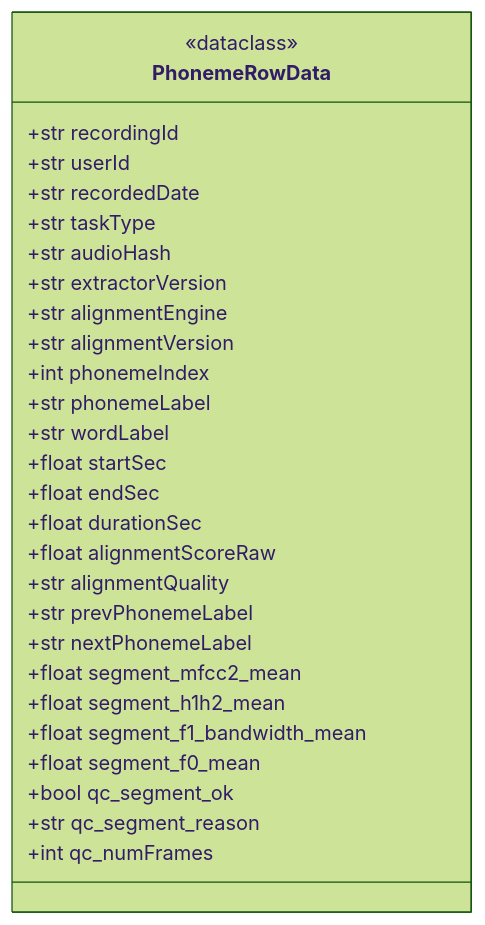
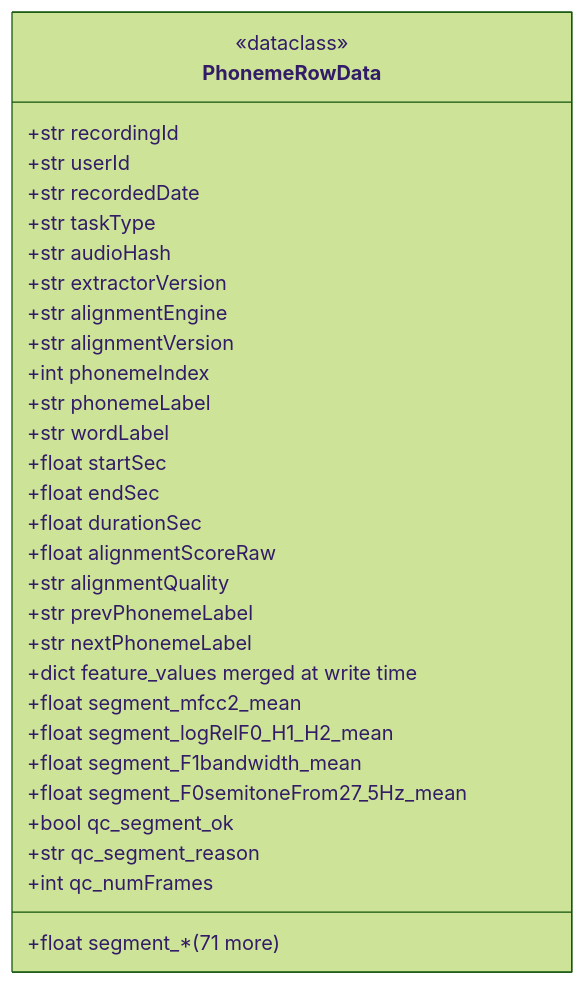
One commit to PoisonIvory/voice_feature_extraction changed diagram 11 of 13 in docs/PHONEME_PROSODY_EXPERIMENT_GUIDE.md. Above: the diagram before and after it, drawn with Mermaid (forest theme). The commit also changed other lines of this file and 15 other files, not shown here.

````diff
--- a/docs/PHONEME_PROSODY_EXPERIMENT_GUIDE.md
+++ b/docs/PHONEME_PROSODY_EXPERIMENT_GUIDE.md
@@ -525,40 +532,42 @@
 ```mermaid
 classDiagram
     class PhonemeRowData {
         <<dataclass>>
         %% Lineage
         +str recordingId
         +str userId
         +str recordedDate
         +str taskType
         +str audioHash
         +str extractorVersion
         +str alignmentEngine
         +str alignmentVersion
         
         %% Alignment
         +int phonemeIndex
         +str phonemeLabel
         +str wordLabel
         +float startSec
         +float endSec
         +float durationSec
         +float alignmentScoreRaw
         +str alignmentQuality
         
         %% Context
         +str prevPhonemeLabel
         +str nextPhonemeLabel
         
-        %% Features
+        %% Features (75 columns: 25 LLDs x mean/median/std)
+        +dict feature_values merged at write time
         +float segment_mfcc2_mean
-        +float segment_h1h2_mean
-        +float segment_f1_bandwidth_mean
-        +float segment_f0_mean
+        +float segment_logRelF0_H1_H2_mean
+        +float segment_F1bandwidth_mean
+        +float segment_F0semitoneFrom27_5Hz_mean
+        +float segment_* (71 more)
         
         %% QC
         +bool qc_segment_ok
         +str qc_segment_reason
         +int qc_numFrames
     }
 ```
````
